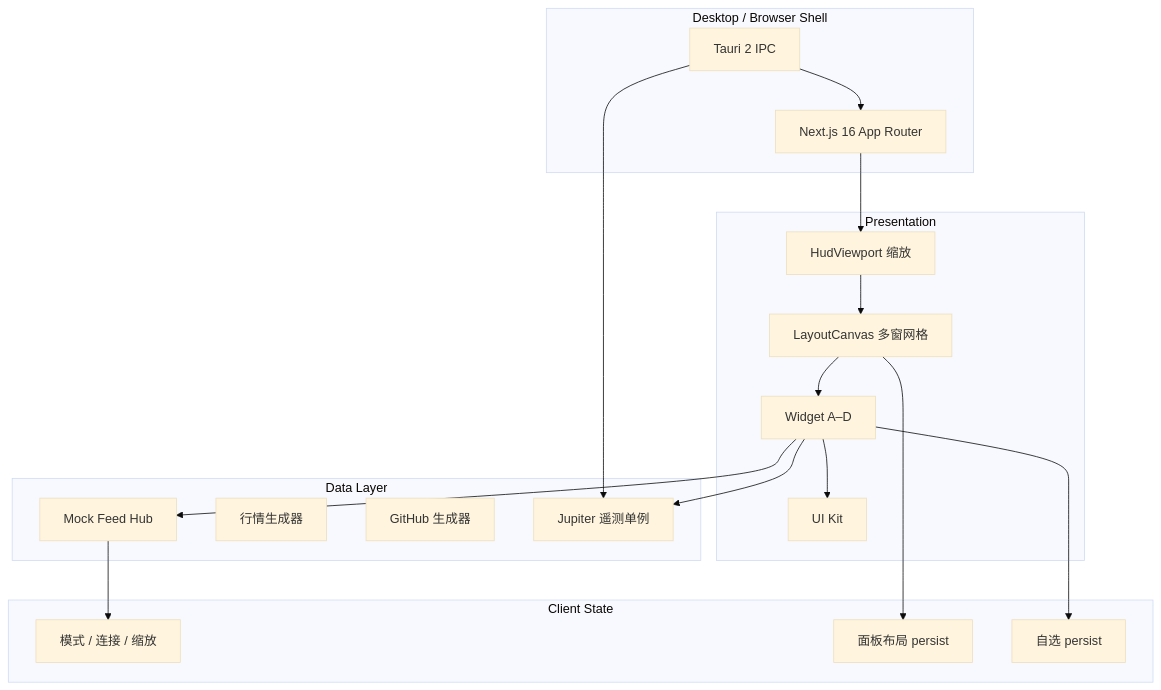
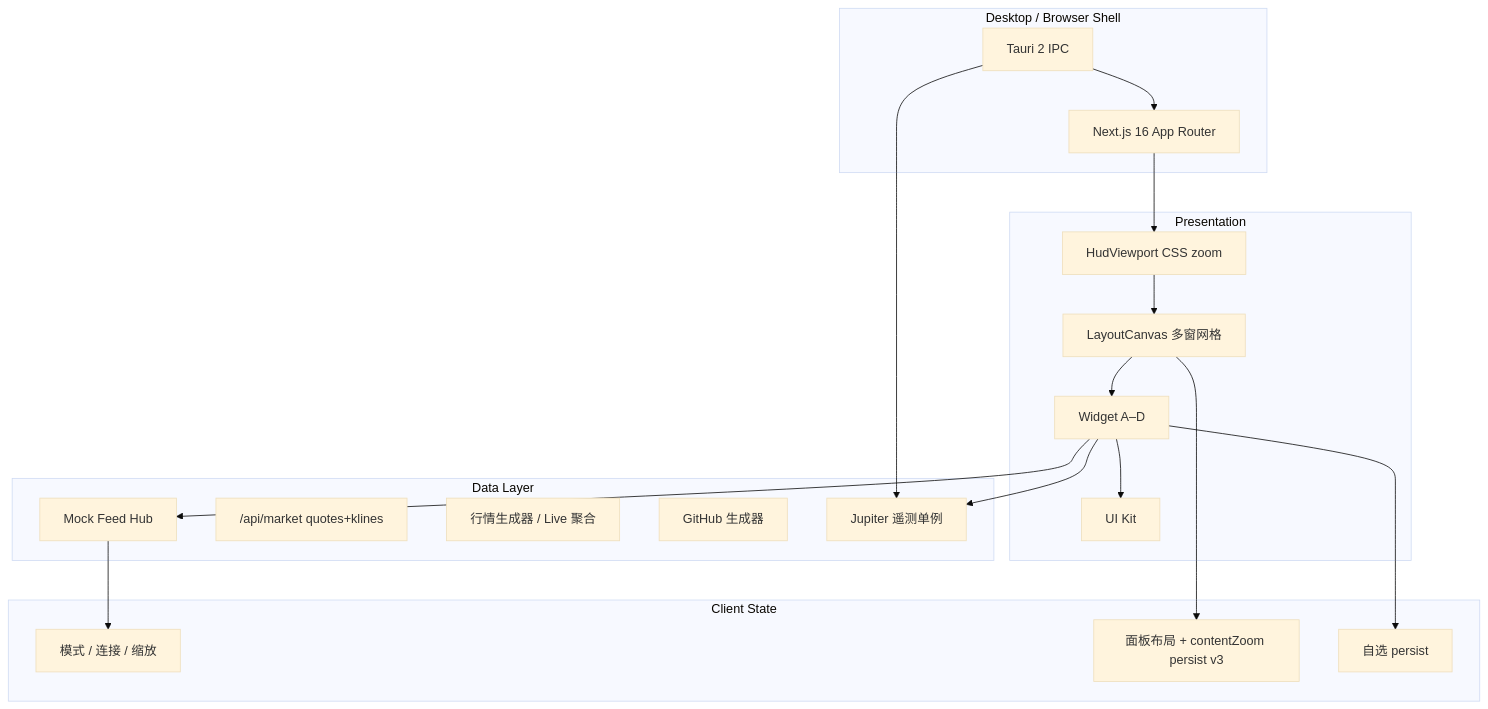
Before and after one commit to FranklinNexus/Juno-Oversight: the diagram in wiki/whitepaper.md, drawn with Mermaid (base theme). The commit also changed other lines of this file and 143 other files, not shown here.

````diff
--- a/wiki/whitepaper.md
+++ b/wiki/whitepaper.md
@@ -34,33 +40,34 @@
 ```mermaid
 flowchart TB
   subgraph shell [Desktop / Browser Shell]
     Tauri[Tauri 2 IPC]
     Next[Next.js 16 App Router]
   end
   subgraph ui [Presentation]
-    Viewport[HudViewport 缩放]
+    Viewport[HudViewport CSS zoom]
     Grid[LayoutCanvas 多窗网格]
     Widgets[Widget A–D]
     UIKit[UI Kit]
   end
   subgraph state [Client State]
     HudStore[模式 / 连接 / 缩放]
-    LayoutStore[面板布局 persist]
+    LayoutStore[面板布局 + contentZoom persist v3]
     MarketStore[自选 persist]
   end
   subgraph data [Data Layer]
     MockWS[Mock Feed Hub]
-    MarketGen[行情生成器]
+    LiveAPI["/api/market quotes+klines"]
+    MarketGen[行情生成器 / Live 聚合]
     GitHubGen[GitHub 生成器]
     JupiterHub[Jupiter 遥测单例]
   end
   Tauri --> Next
   Next --> Viewport --> Grid --> Widgets
   Widgets --> UIKit
   Widgets --> MockWS
   Widgets --> JupiterHub
   MockWS --> HudStore
   Grid --> LayoutStore
   Widgets --> MarketStore
   Tauri --> JupiterHub
 ```
````
